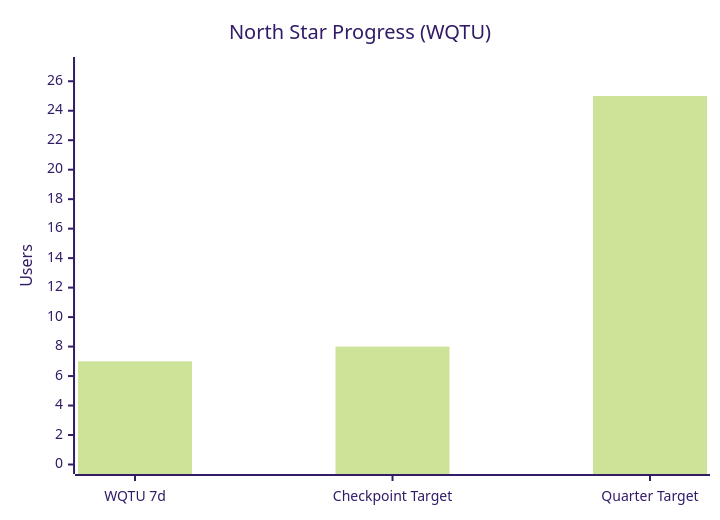
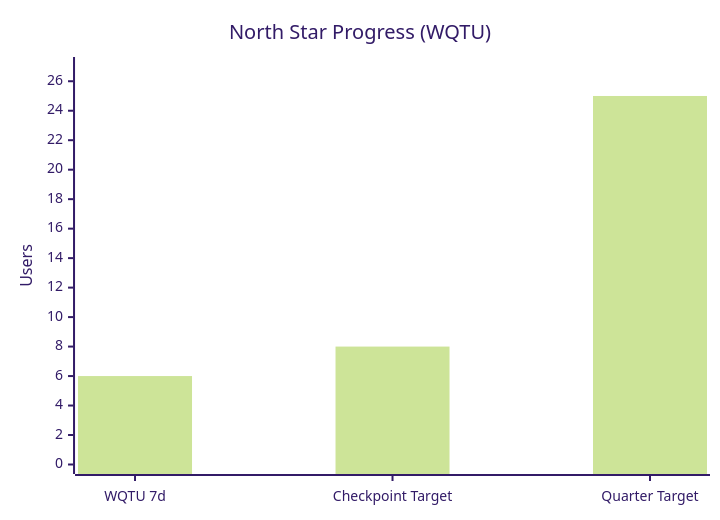
The second of 4 diagrams in wiki/Paid-Acquisition.md (IgorGanapolsky/Random-Timer), drawn with Mermaid (forest theme) before and after one commit. The commit also changed other lines of this file and 10 other files, not shown here.

````diff
--- a/wiki/Paid-Acquisition.md
+++ b/wiki/Paid-Acquisition.md
@@ -50,7 +50,7 @@
 ```mermaid
 xychart-beta
     title "North Star Progress (WQTU)"
     x-axis ["WQTU 7d" , "Checkpoint Target" , "Quarter Target"]
     y-axis "Users" 0 --> 27
-    bar [7 , 8 , 25]
+    bar [6 , 8 , 25]
 ```
````
